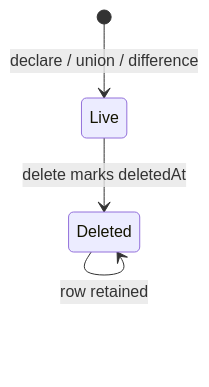
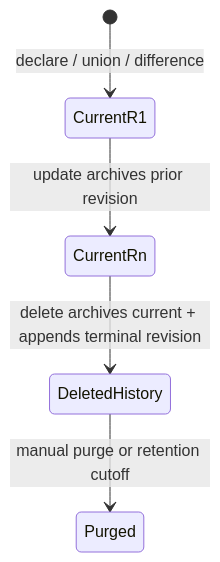
The second of 3 diagrams in apps/backend/src/3-capabilities/context/docs/concepts.md (gccurtis/icarus), drawn with Mermaid before and after one commit. The commit also changed other lines of this file and 88 other files, not shown here.

First line of the commit message:
refactor(retention): adopt shared revision retention in Connector, Context, Derived Outputs, General Files, Investigation, Persona, and Structured Data

````diff
--- a/apps/backend/src/3-capabilities/context/docs/concepts.md
+++ b/apps/backend/src/3-capabilities/context/docs/concepts.md
@@ -47,6 +49,7 @@
 ```mermaid
 stateDiagram-v2
-  [*] --> Live: declare / union / difference
-  Live --> Deleted: delete marks deletedAt
-  Deleted --> Deleted: row retained
+  [*] --> CurrentR1: declare / union / difference
+  CurrentR1 --> CurrentRn: update archives prior revision
+  CurrentRn --> DeletedHistory: delete archives current + appends terminal revision
+  DeletedHistory --> Purged: manual purge or retention cutoff
 ```
````
